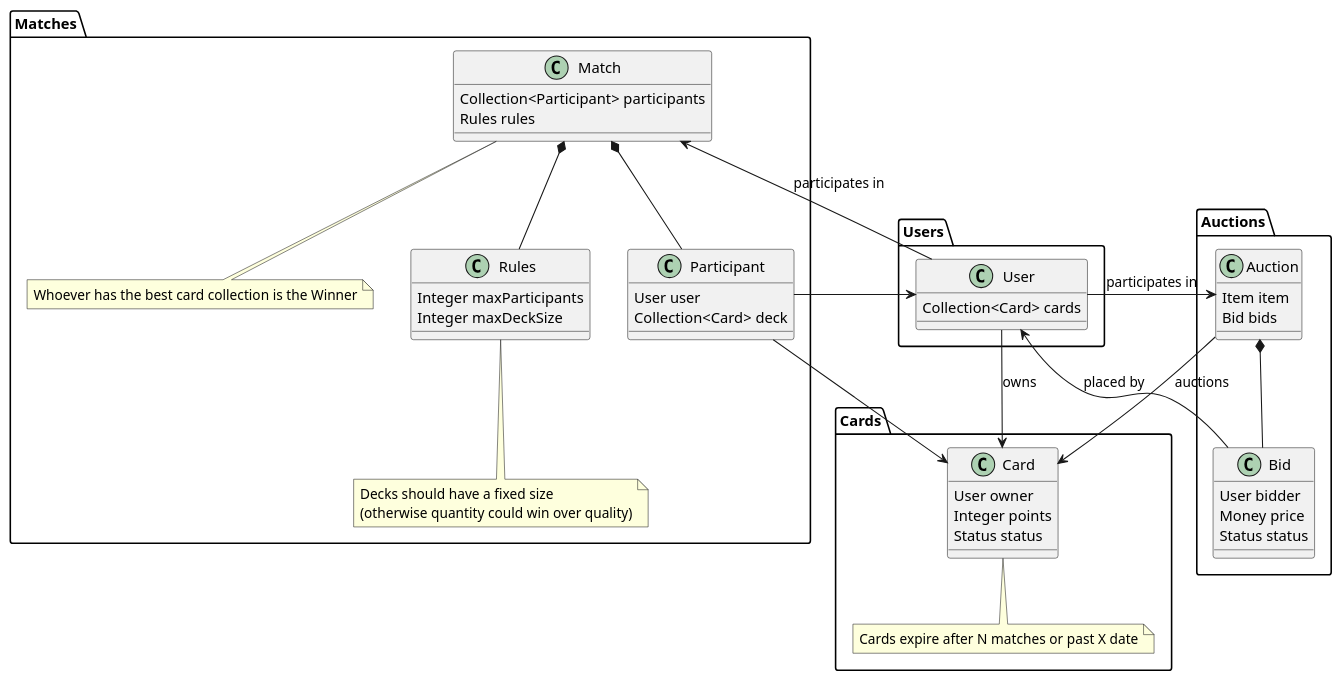
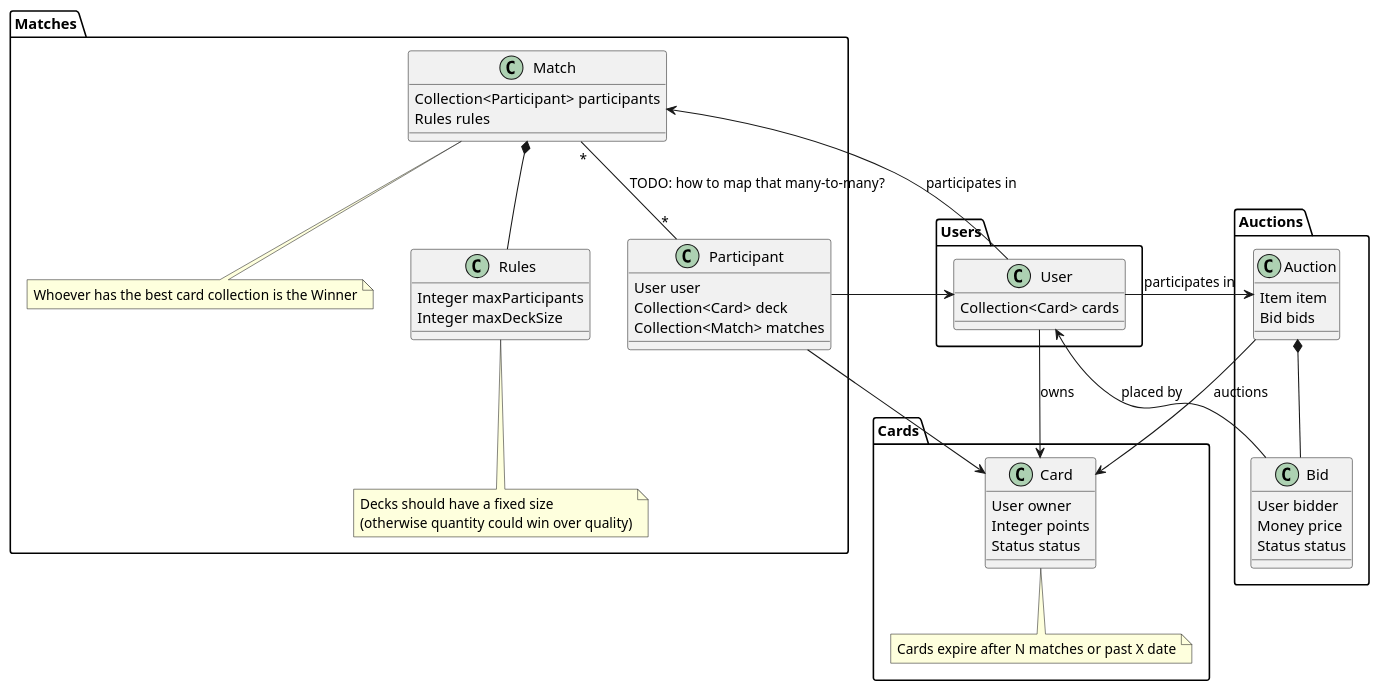
The diagram in docs/uml.wsd (Turao/have-fun-springboot), drawn with PlantUML before and after one commit. The commit also changed 9 other files, not shown here.

```diff
--- a/docs/uml.wsd
+++ b/docs/uml.wsd
@@ -1,78 +1,79 @@
 @startuml Bounded Contexts
 
 package Cards {
   class Card {
     User owner
     Integer points
     Status status
   }
 
   note bottom of Card
   Cards expire after N matches or past X date
   end note
 }
 
 package Matches {
   class Match {
     Collection<Participant> participants
     Rules rules
   }
 
   class Rules {
     Integer maxParticipants
     Integer maxDeckSize
   }
 
   class Participant {
     User user
     Collection<Card> deck
+    Collection<Match> matches
   }
 
   note bottom of Match
   Whoever has the best card collection is the Winner
   end note
 
   note bottom of Rules
   Decks should have a fixed size
   (otherwise quantity could win over quality)
   end note
 }
 
 package Auctions {
   class Auction {
     Item item
     Bid bids
   }
   
   class Bid {
     User bidder
     Money price
     Status status
   }
 }
 
 
 package Users {
   class User {
     Collection<Card> cards
   }
 }
 
 ' Users
 User --> Card : owns
 User --> Match : participates in
 User --> Auction : participates in
 
 ' Auctions
 Auction *-- Bid
 Auction --> Card : auctions
 Bid --> User : placed by
 
 ' Matches
 Match *-- Rules
-Match *-- Participant
+Match "*" -- "*" Participant : TODO: how to map that many-to-many?
 Participant --> User
 Participant --> Card
 
 
 @enduml
```
